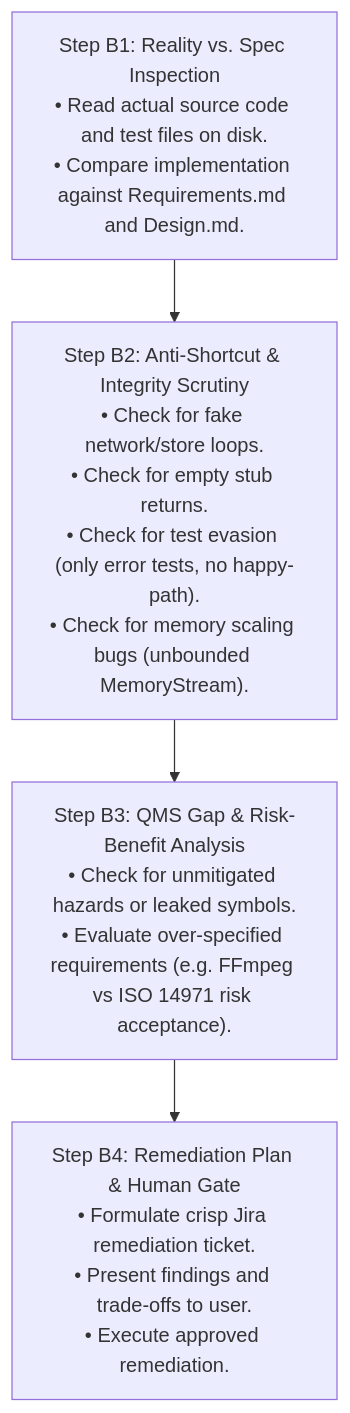
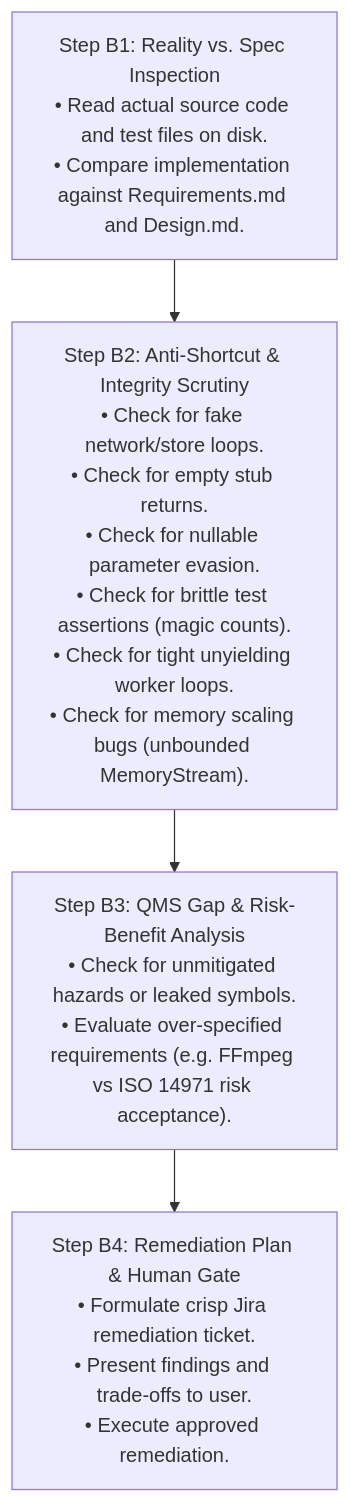
One commit to zerotwooneone/percolator changed the second of 2 diagrams in source/.gemini/skills/qms-implementation-review-cycle/SKILL.md. Above: the diagram before and after it, drawn with Mermaid. The commit also changed other lines of this file, not shown here.

````diff
--- a/source/.gemini/skills/qms-implementation-review-cycle/SKILL.md
+++ b/source/.gemini/skills/qms-implementation-review-cycle/SKILL.md
@@ -103,11 +111,11 @@
 ```mermaid
 flowchart TD
     B1["Step B1: Reality vs. Spec Inspection<br/>• Read actual source code and test files on disk.<br/>• Compare implementation against Requirements.md and Design.md."]
-    B2["Step B2: Anti-Shortcut & Integrity Scrutiny<br/>• Check for fake network/store loops.<br/>• Check for empty stub returns.<br/>• Check for test evasion (only error tests, no happy-path).<br/>• Check for memory scaling bugs (unbounded MemoryStream)."]
+    B2["Step B2: Anti-Shortcut & Integrity Scrutiny<br/>• Check for fake network/store loops.<br/>• Check for empty stub returns.<br/>• Check for nullable parameter evasion.<br/>• Check for brittle test assertions (magic counts).<br/>• Check for tight unyielding worker loops.<br/>• Check for memory scaling bugs (unbounded MemoryStream)."]
     B3["Step B3: QMS Gap & Risk-Benefit Analysis<br/>• Check for unmitigated hazards or leaked symbols.<br/>• Evaluate over-specified requirements (e.g. FFmpeg vs ISO 14971 risk acceptance)."]
     B4["Step B4: Remediation Plan & Human Gate<br/>• Formulate crisp Jira remediation ticket.<br/>• Present findings and trade-offs to user.<br/>• Execute approved remediation."]
 
     B1 --> B2
     B2 --> B3
     B3 --> B4
 ```
````
